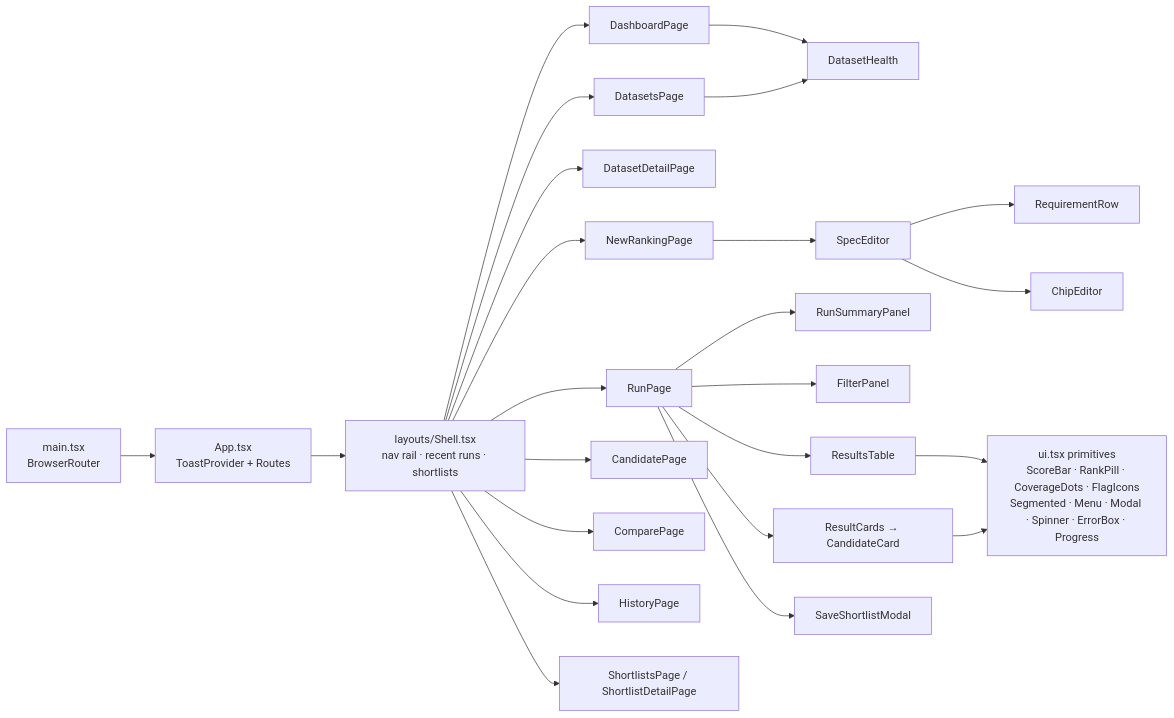
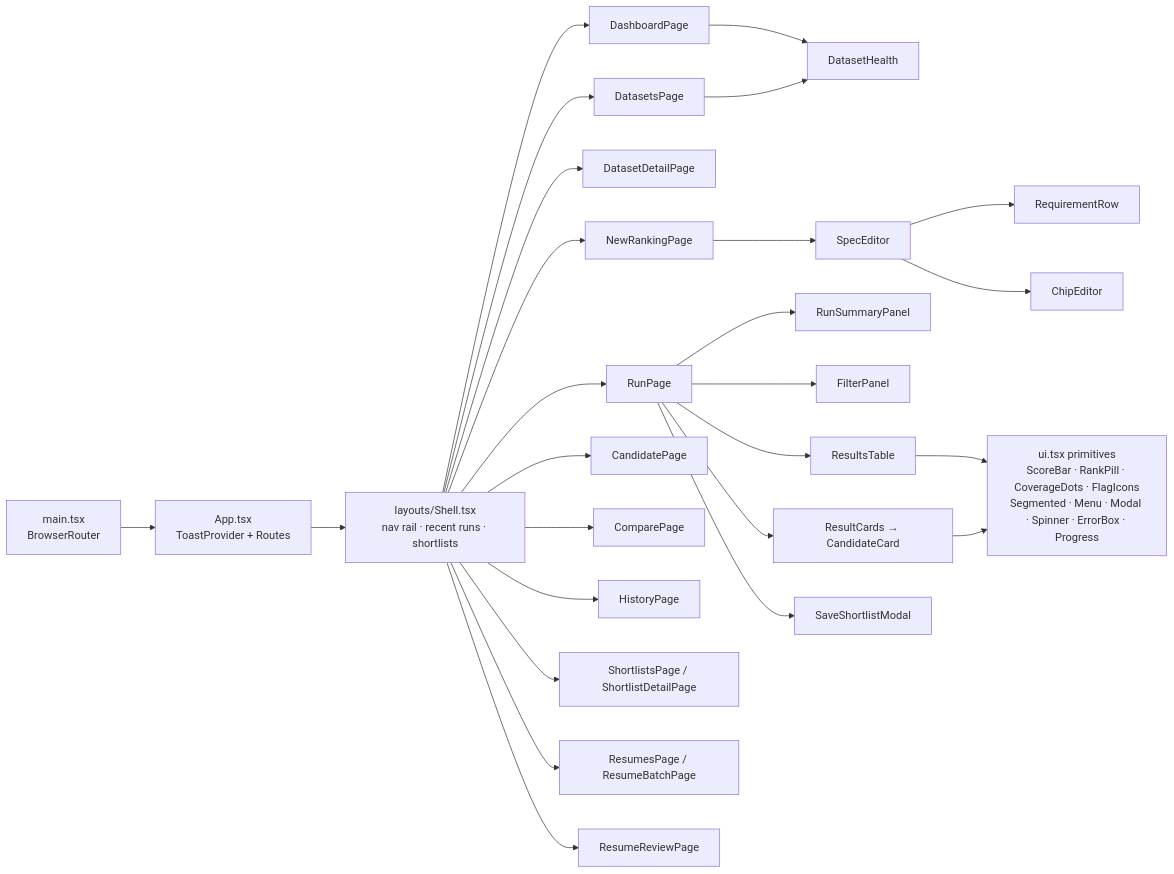
Before and after one commit to Harshdeep47/TalentSignal: the diagram in docs/learning/src/book2/04_frontend.md, drawn with Mermaid. The commit also changed other lines of this file and 62 other files, not shown here.

First line of the commit message:
Resume ingestion engine: PDF/DOCX/ZIP intake with provenance, review and publishing

````diff
--- a/docs/learning/src/book2/04_frontend.md
+++ b/docs/learning/src/book2/04_frontend.md
@@ -20,25 +20,27 @@
 ```mermaid
 flowchart LR
     MAIN["main.tsx<br/>BrowserRouter"] --> APP["App.tsx<br/>ToastProvider + Routes"]
     APP --> SHELL["layouts/Shell.tsx<br/>nav rail · recent runs · shortlists"]
     SHELL --> DASH["DashboardPage"]
     SHELL --> DSETS["DatasetsPage"]
     SHELL --> DDET["DatasetDetailPage"]
     SHELL --> NEW["NewRankingPage"]
     SHELL --> RUN["RunPage"]
     SHELL --> CAND["CandidatePage"]
     SHELL --> CMP["ComparePage"]
     SHELL --> HIST["HistoryPage"]
     SHELL --> SLS["ShortlistsPage / ShortlistDetailPage"]
+    SHELL --> RES["ResumesPage / ResumeBatchPage"]
+    SHELL --> REV["ResumeReviewPage"]
     DASH --> DH["DatasetHealth"]
     DSETS --> DH
     NEW --> SPEC["SpecEditor"]
     SPEC --> RR["RequirementRow"]
     SPEC --> CE["ChipEditor"]
     RUN --> SUMP["RunSummaryPanel"]
     RUN --> FP["FilterPanel"]
     RUN --> RT["ResultsTable"]
     RUN --> RC["ResultCards → CandidateCard"]
     RUN --> SSM["SaveShortlistModal"]
     RT & RC --> UI["ui.tsx primitives<br/>ScoreBar · RankPill · CoverageDots · FlagIcons<br/>Segmented · Menu · Modal · Spinner · ErrorBox · Progress"]
 ```
````
